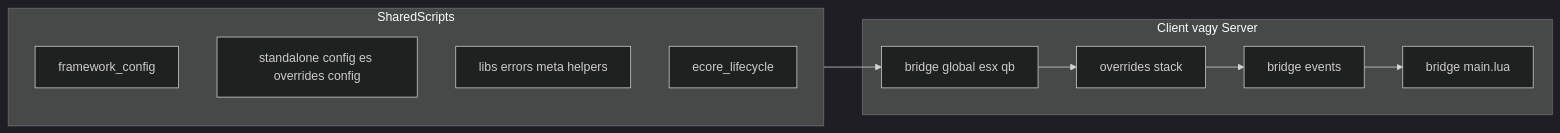
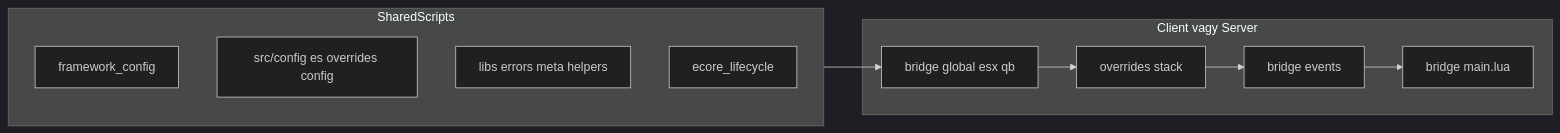
One commit to Ekhion76/e_core changed the diagram in README_HU.md. Above: the diagram before and after it, drawn with Mermaid (dark theme). The commit also changed other lines of this file and 53 other files, not shown here.

````diff
--- a/README_HU.md
+++ b/README_HU.md
@@ -55,16 +55,16 @@
 ```mermaid
 flowchart LR
   subgraph shared [SharedScripts]
     FW[framework_config]
-    CFG[standalone config es overrides config]
+    CFG[src/config es overrides config]
     LIBS[libs errors meta helpers]
     LIFE[ecore_lifecycle]
   end
   subgraph side [Client vagy Server]
     BG[bridge global esx qb]
     OV[overrides stack]
     EV[bridge events]
     MAIN[bridge main.lua]
   end
   shared --> BG --> OV --> EV --> MAIN
 ```
````
